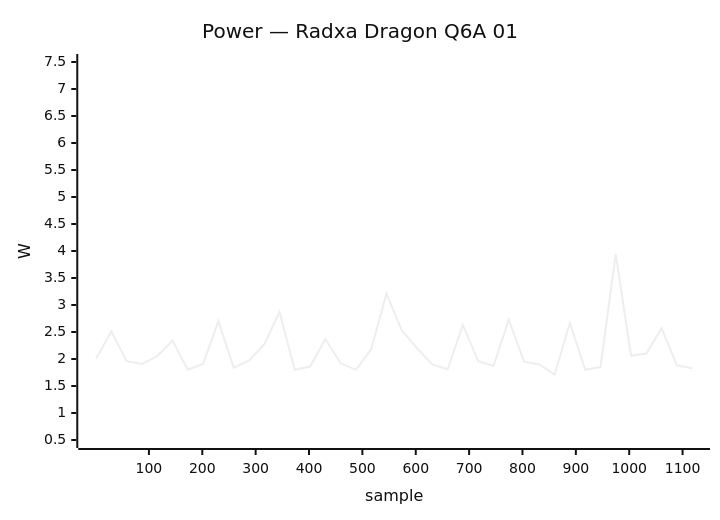
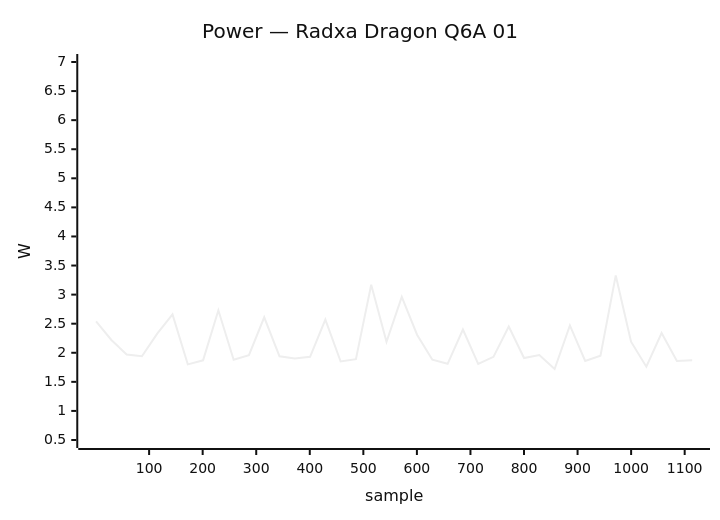
One commit to armbian/documentation changed the seventh of 34 diagrams in docs/status/board-tests.md. Above: the diagram before and after it, drawn with Mermaid (neutral theme). The commit also changed other lines of this file, not shown here.

````diff
--- a/docs/status/board-tests.md
+++ b/docs/status/board-tests.md
@@ -396,7 +396,7 @@
 ```mermaid
 xychart-beta
     title "Power — Radxa Dragon Q6A 01"
-    x-axis "sample" 1 --> 1118
-    y-axis "W" 0.5 --> 7.5
-    line [2.01, 2.51, 1.96, 1.91, 2.05, 2.34, 1.80, 1.91, 2.70, 1.84, 1.97, 2.27, 2.87, 1.80, 1.86, 2.37, 1.92, 1.80, 2.18, 3.21, 2.53, 2.20, 1.90, 1.81, 2.63, 1.96, 1.87, 2.73, 1.95, 1.90, 1.71, 2.67, 1.80, 1.85, 3.94, 2.06, 2.10, 2.57, 1.88, 1.83]
+    x-axis "sample" 1 --> 1114
+    y-axis "W" 0.5 --> 7.0
+    line [2.54, 2.22, 1.97, 1.94, 2.33, 2.66, 1.80, 1.87, 2.73, 1.88, 1.96, 2.61, 1.94, 1.90, 1.93, 2.57, 1.85, 1.89, 3.17, 2.19, 2.96, 2.31, 1.88, 1.81, 2.40, 1.81, 1.93, 2.45, 1.91, 1.96, 1.72, 2.47, 1.86, 1.95, 3.33, 2.19, 1.76, 2.34, 1.86, 1.87]
 ```
````
